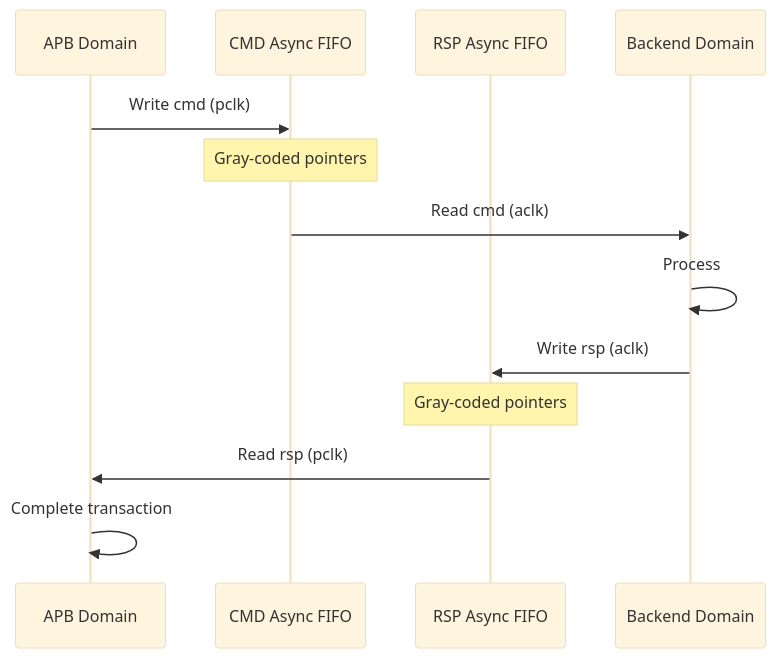
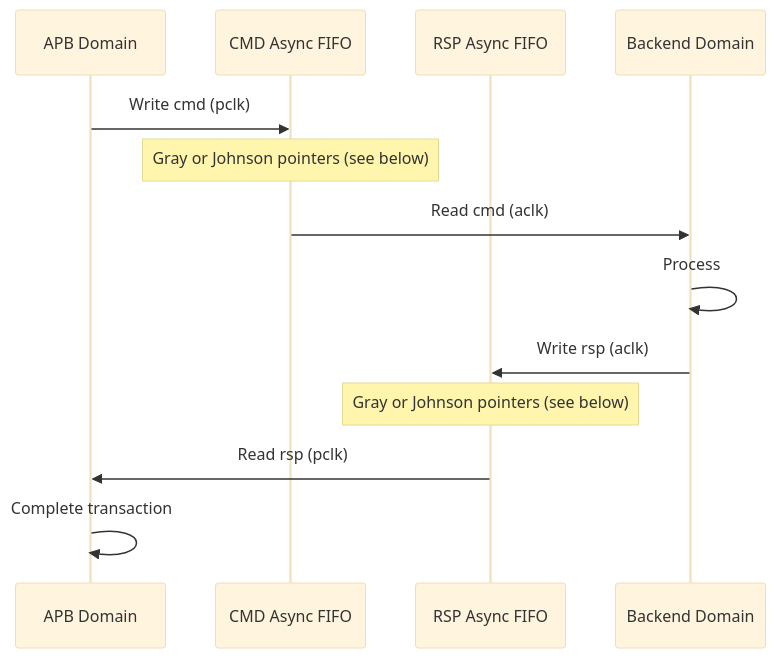
The second of 2 diagrams in docs/markdown/rtl-amba/apb5/apb5_slave_cdc.md (sean-galloway/RTLDesignSherpa), drawn with Mermaid (base theme) before and after one commit. The commit also changed other lines of this file and 11 other files, not shown here.

````diff
--- a/docs/markdown/rtl-amba/apb5/apb5_slave_cdc.md
+++ b/docs/markdown/rtl-amba/apb5/apb5_slave_cdc.md
@@ -175,16 +176,16 @@
 ```mermaid
 sequenceDiagram
     participant APB as APB Domain
     participant CMDFIFO as CMD Async FIFO
     participant RSPFIFO as RSP Async FIFO
     participant BE as Backend Domain
 
     APB->>CMDFIFO: Write cmd (pclk)
-    Note over CMDFIFO: Gray-coded pointers
+    Note over CMDFIFO: Gray or Johnson pointers (see below)
     CMDFIFO->>BE: Read cmd (aclk)
     BE->>BE: Process
     BE->>RSPFIFO: Write rsp (aclk)
-    Note over RSPFIFO: Gray-coded pointers
+    Note over RSPFIFO: Gray or Johnson pointers (see below)
     RSPFIFO->>APB: Read rsp (pclk)
     APB->>APB: Complete transaction
 ```
````
